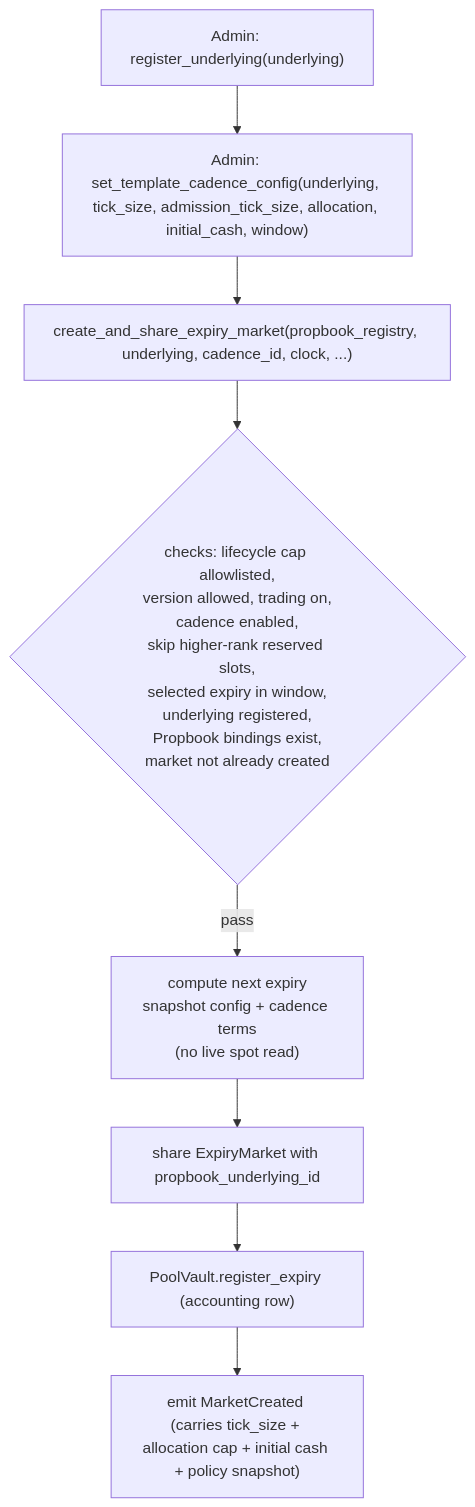
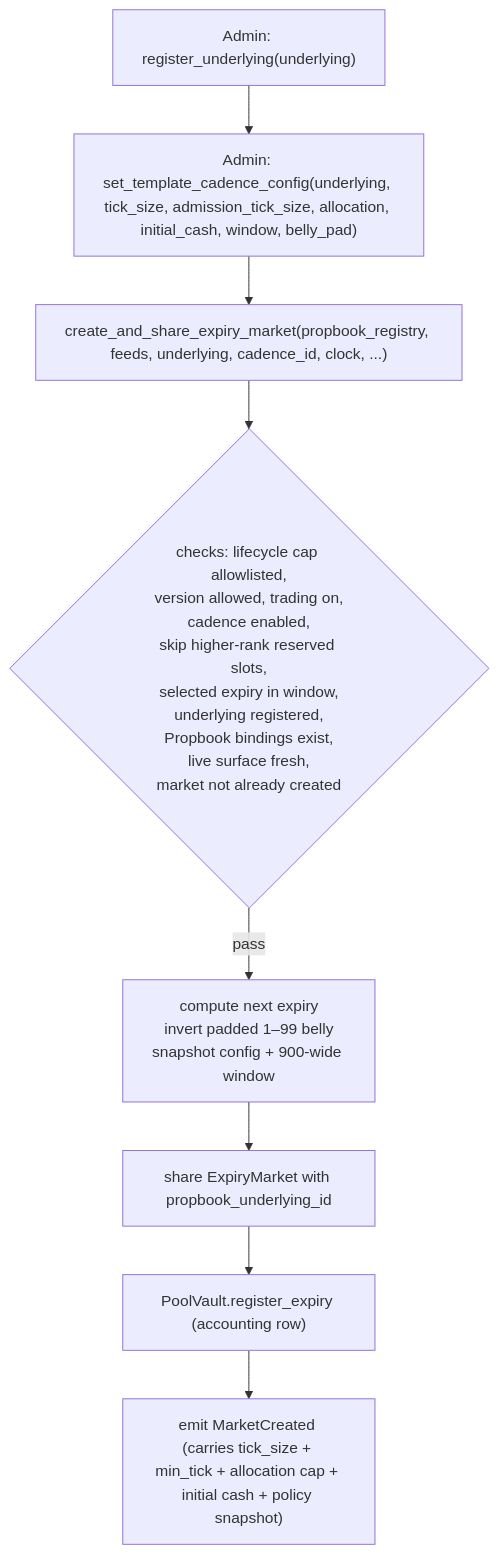
Before and after one commit to MystenLabs/deepbookv3: the first of 2 diagrams in packages/predict/docs/concepts/markets-and-positions.md, drawn with Mermaid. The commit also changed other lines of this file and 40 other files, not shown here.

First line of the commit message:
predict: freeze each market's 900-tick window on the live SVI belly

````diff
--- a/packages/predict/docs/concepts/markets-and-positions.md
+++ b/packages/predict/docs/concepts/markets-and-positions.md
@@ -26,10 +26,10 @@
 ```mermaid
 flowchart TD
-  A["Admin: register_underlying(underlying)"] --> B["Admin: set_template_cadence_config(underlying, tick_size, admission_tick_size, allocation, initial_cash, window)"]
-  B --> C["create_and_share_expiry_market(propbook_registry, underlying, cadence_id, clock, ...)"]
-  C --> D{"checks: lifecycle cap allowlisted,<br/>version allowed, trading on,<br/>cadence enabled,<br/>skip higher-rank reserved slots,<br/>selected expiry in window,<br/>underlying registered,<br/>Propbook bindings exist,<br/>market not already created"}
-  D -->|pass| E["compute next expiry<br/>snapshot config + cadence terms<br/>(no live spot read)"]
+  A["Admin: register_underlying(underlying)"] --> B["Admin: set_template_cadence_config(underlying, tick_size, admission_tick_size, allocation, initial_cash, window, belly_pad)"]
+  B --> C["create_and_share_expiry_market(propbook_registry, feeds, underlying, cadence_id, clock, ...)"]
+  C --> D{"checks: lifecycle cap allowlisted,<br/>version allowed, trading on,<br/>cadence enabled,<br/>skip higher-rank reserved slots,<br/>selected expiry in window,<br/>underlying registered,<br/>Propbook bindings exist,<br/>live surface fresh,<br/>market not already created"}
+  D -->|pass| E["compute next expiry<br/>invert padded 1–99 belly<br/>snapshot config + 900-wide window"]
   E --> F["share ExpiryMarket with propbook_underlying_id"]
   F --> G["PoolVault.register_expiry (accounting row)"]
-  G --> H["emit MarketCreated (carries tick_size + allocation cap + initial cash + policy snapshot)"]
+  G --> H["emit MarketCreated (carries tick_size + min_tick + allocation cap + initial cash + policy snapshot)"]
 ```
````
